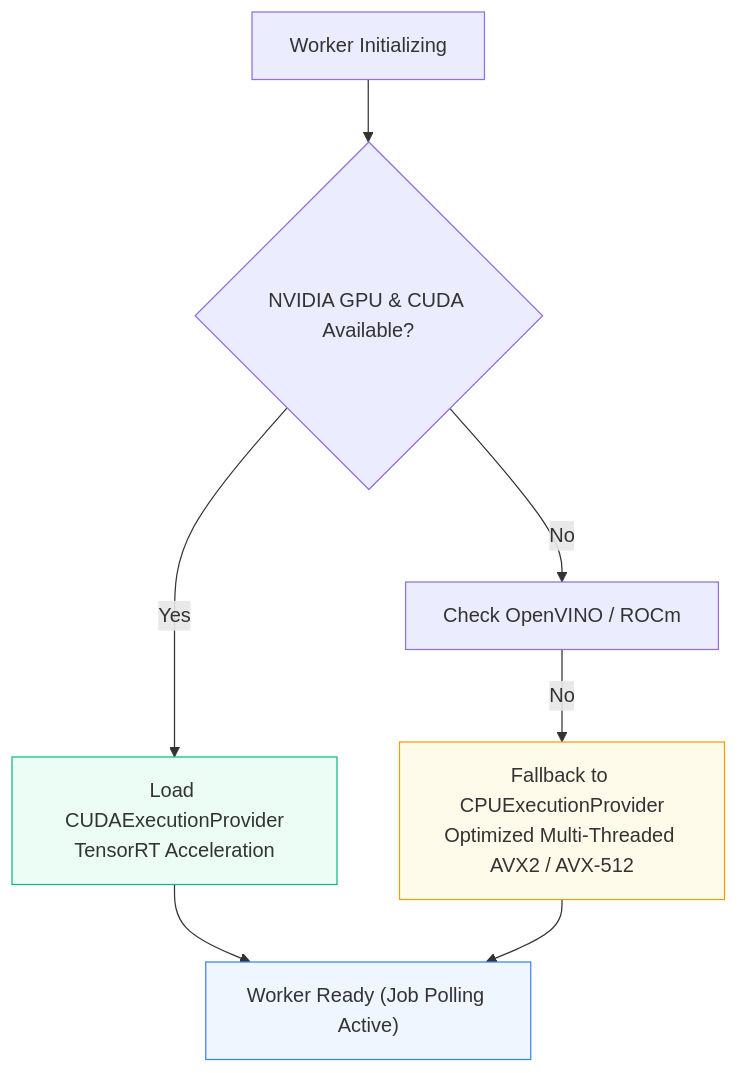
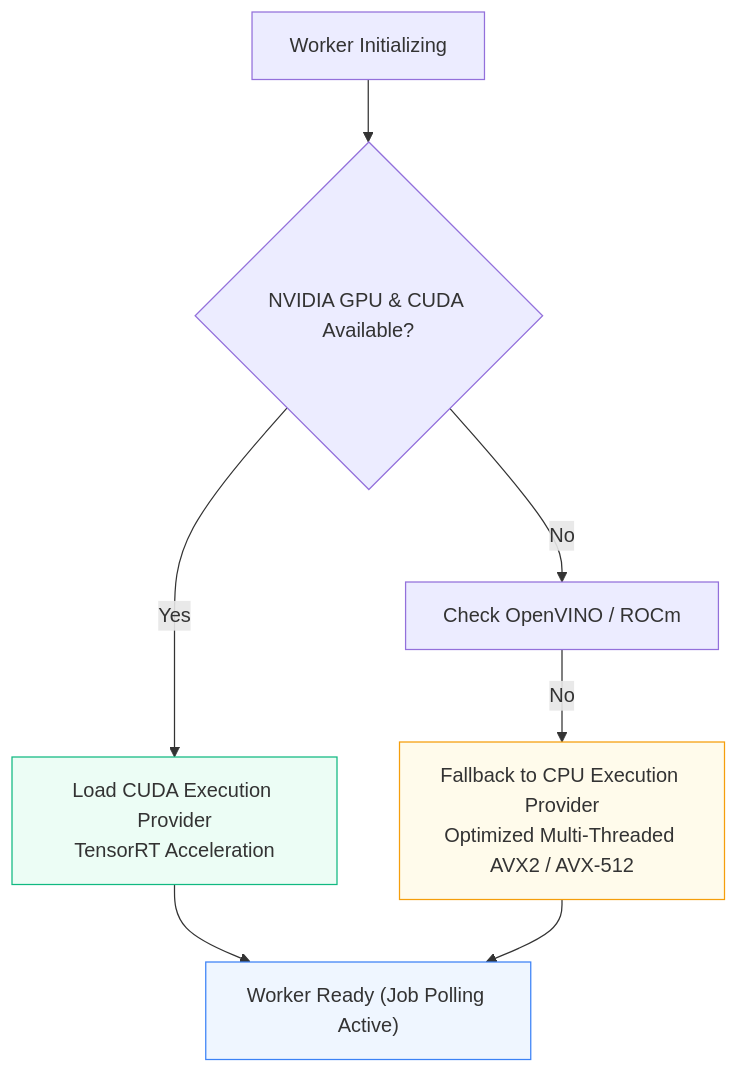
One commit to KatkamKoushik/K-Squared-Face-Recognition-Attendance-System changed the second of 2 diagrams in wiki/Computer-Vision-Pipeline.md. Above: the diagram before and after it, drawn with Mermaid. The commit also changed other lines of this file and 33 other files, not shown here.

````diff
--- a/wiki/Computer-Vision-Pipeline.md
+++ b/wiki/Computer-Vision-Pipeline.md
@@ -84,13 +97,13 @@
 ```mermaid
 flowchart TD
     A["Worker Initializing"] --> B{"NVIDIA GPU & CUDA Available?"}
-    B -->|Yes| C["Load CUDAExecutionProvider<br/>TensorRT Acceleration"]
+    B -->|Yes| C["Load CUDA Execution Provider<br/>TensorRT Acceleration"]
     B -->|No| D["Check OpenVINO / ROCm"]
-    D -->|No| E["Fallback to CPUExecutionProvider<br/>Optimized Multi-Threaded AVX2 / AVX-512"]
+    D -->|No| E["Fallback to CPU Execution Provider<br/>Optimized Multi-Threaded AVX2 / AVX-512"]
     C --> F["Worker Ready (Job Polling Active)"]
     E --> F
 
     style C fill:#ecfdf5,stroke:#10b981
     style E fill:#fffbeb,stroke:#f59e0b
     style F fill:#eff6ff,stroke:#3b82f6
 ```
````
